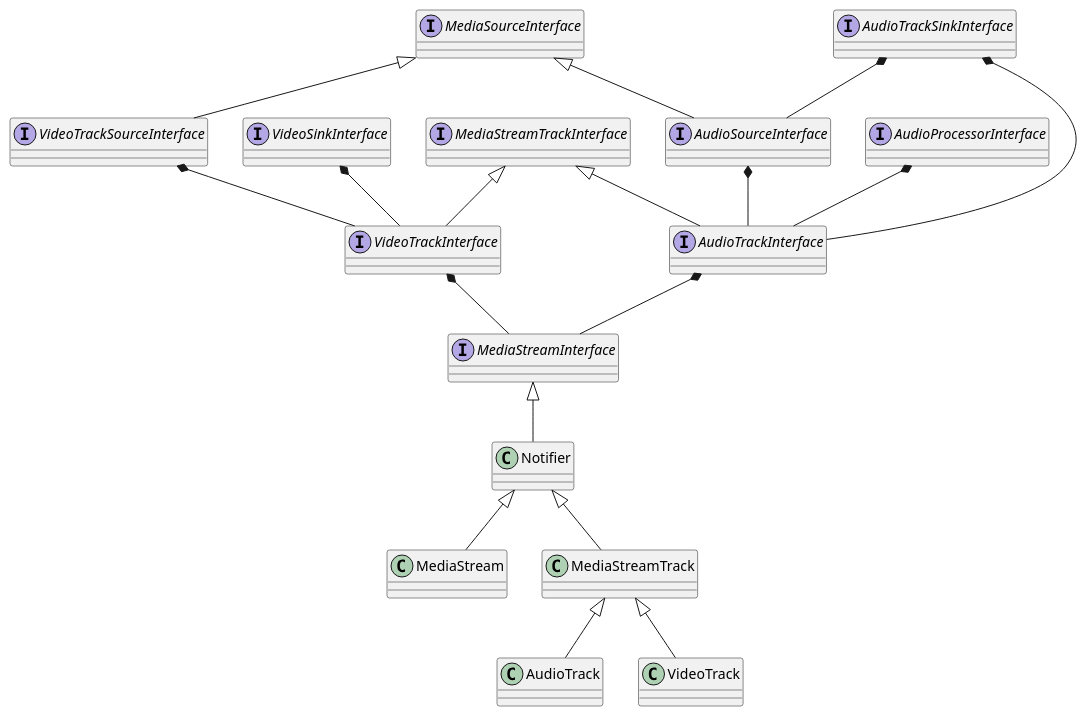
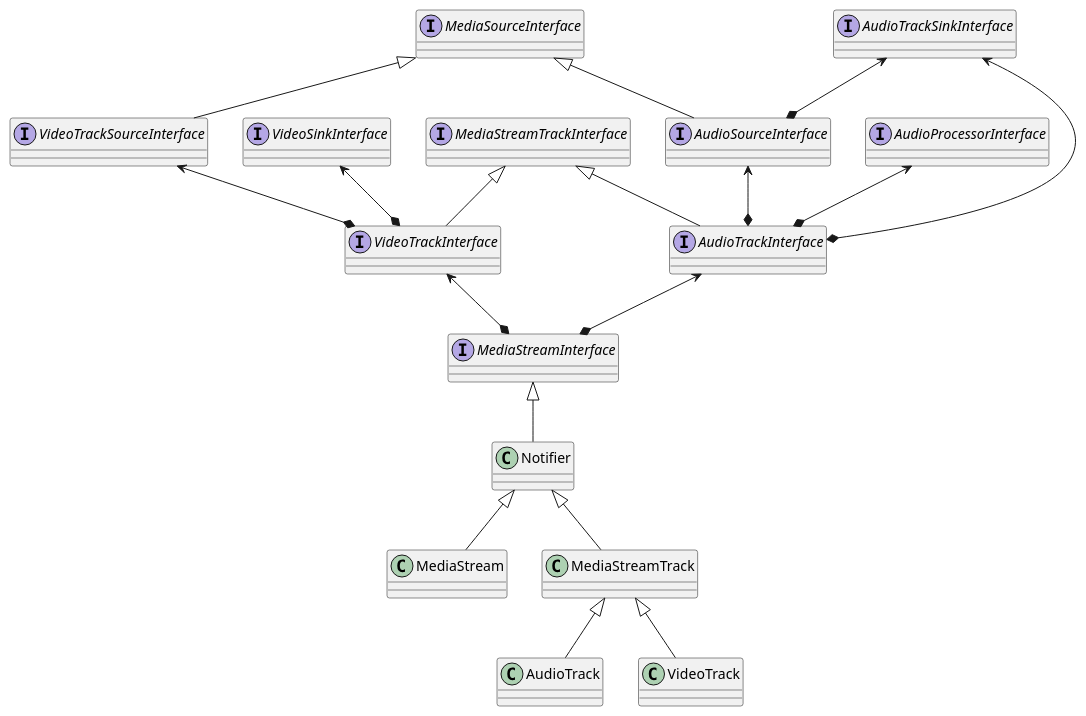
The diagram in pc/links/MediaStream.puml (qq175175055/webrtc_summary), drawn with PlantUML before and after one commit. The commit also changed 5 other files, not shown here.

```diff
--- a/pc/links/MediaStream.puml
+++ b/pc/links/MediaStream.puml
@@ -1,43 +1,43 @@
 @startuml mediastreaminterface
 interface MediaSourceInterface
 interface MediaStreamTrackInterface
 interface VideoTrackSourceInterface
 interface AudioProcessorInterface
 interface VideoSinkInterface
 interface VideoTrackInterface
 
 interface AudioTrackSinkInterface
 interface AudioSourceInterface
 interface AudioTrackInterface
 interface MediaStreamInterface
 
 class Notifier
 class MediaStream
 class MediaStreamTrack
 class AudioTrack
 class VideoTrack
 
 MediaSourceInterface <|-- VideoTrackSourceInterface
 
 MediaStreamTrackInterface <|-- VideoTrackInterface
-VideoSinkInterface *-- VideoTrackInterface
-VideoTrackSourceInterface *-- VideoTrackInterface
+VideoSinkInterface <--* VideoTrackInterface
+VideoTrackSourceInterface <--* VideoTrackInterface
 
 MediaSourceInterface <|-- AudioSourceInterface
 MediaStreamTrackInterface <|-- AudioTrackInterface
-AudioTrackSinkInterface *-- AudioSourceInterface
-AudioTrackSinkInterface *-- AudioTrackInterface
-AudioProcessorInterface *-- AudioTrackInterface
-AudioSourceInterface *-- AudioTrackInterface
+AudioTrackSinkInterface <--* AudioSourceInterface
+AudioTrackSinkInterface <--* AudioTrackInterface
+AudioProcessorInterface <--* AudioTrackInterface
+AudioSourceInterface <--* AudioTrackInterface
 
-AudioTrackInterface *-- MediaStreamInterface
-VideoTrackInterface *-- MediaStreamInterface
+AudioTrackInterface <--* MediaStreamInterface
+VideoTrackInterface <--* MediaStreamInterface
 
 MediaStreamInterface <|-- Notifier
 Notifier <|-- MediaStream
 
 Notifier <|-- MediaStreamTrack
 MediaStreamTrack <|-- AudioTrack
 MediaStreamTrack <|-- VideoTrack
 
 @enduml
```
